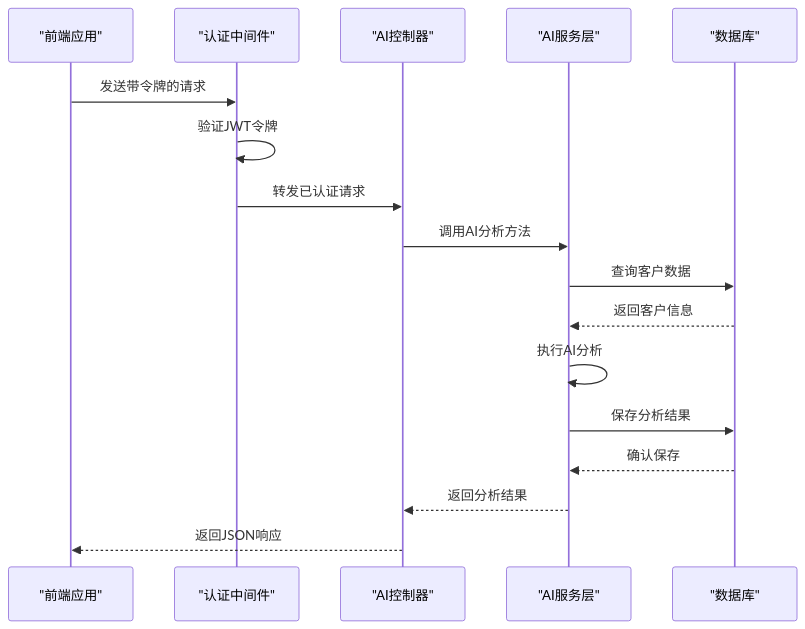
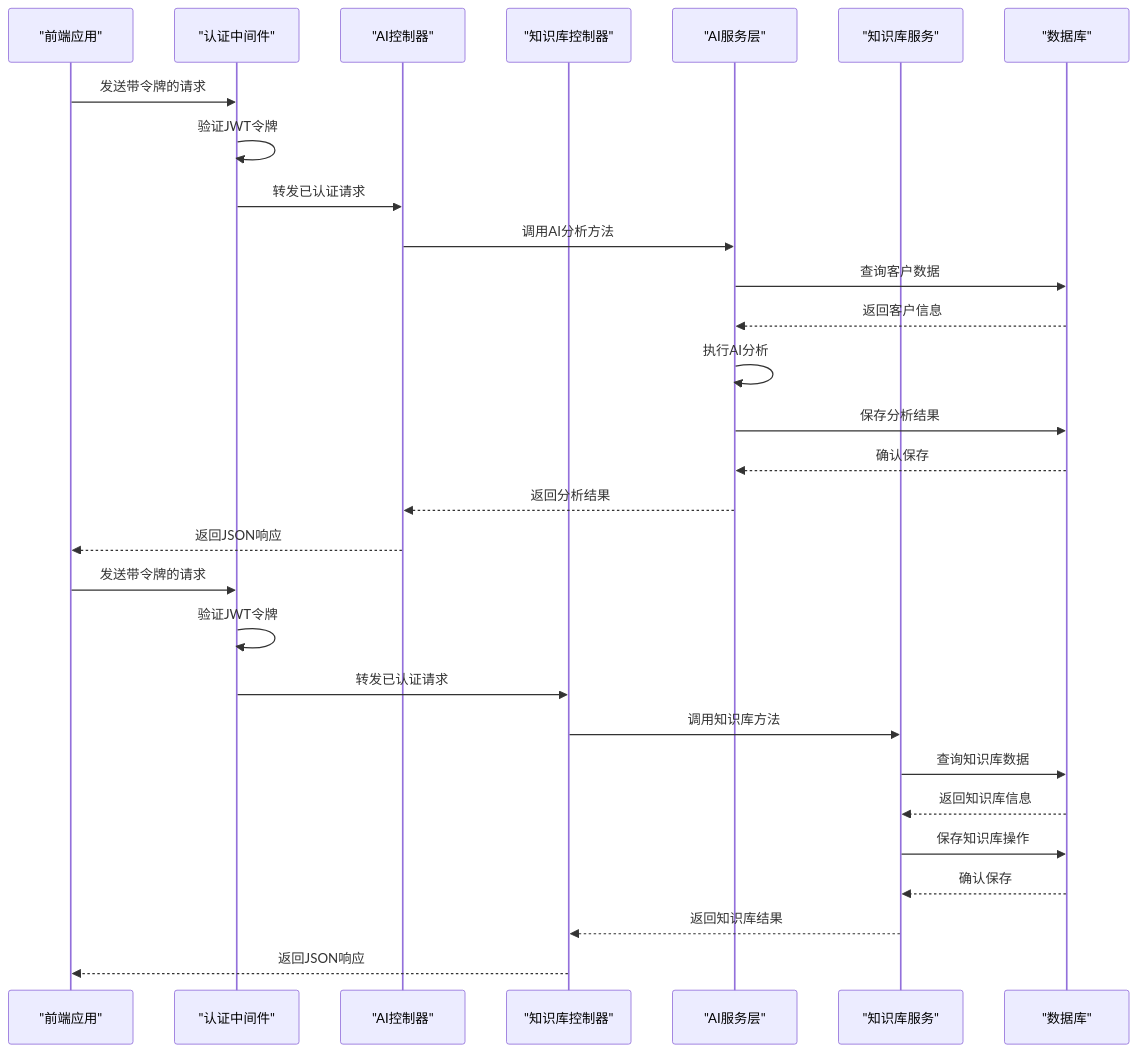
One commit to xianjianshenqu/SalesFlow-CRM changed the eighth of 11 diagrams in .qoder/repowiki/zh/content/核心组件/AI助手.md. Above: the diagram before and after it, drawn with Mermaid. The commit also changed other lines of this file and 10 other files, not shown here.

````diff
--- a/.qoder/repowiki/zh/content/核心组件/AI助手.md
+++ b/.qoder/repowiki/zh/content/核心组件/AI助手.md
@@ -595,19 +756,31 @@
 ```mermaid
 sequenceDiagram
 participant Client as "前端应用"
 participant Auth as "认证中间件"
-participant Controller as "AI控制器"
-participant Service as "AI服务层"
+participant AIController as "AI控制器"
+participant KnowledgeController as "知识库控制器"
+participant AIService as "AI服务层"
+participant KnowledgeService as "知识库服务"
 participant DB as "数据库"
 Client->>Auth : 发送带令牌的请求
 Auth->>Auth : 验证JWT令牌
-Auth->>Controller : 转发已认证请求
-Controller->>Service : 调用AI分析方法
-Service->>DB : 查询客户数据
-DB-->>Service : 返回客户信息
-Service->>Service : 执行AI分析
-Service->>DB : 保存分析结果
-DB-->>Service : 确认保存
-Service-->>Controller : 返回分析结果
-Controller-->>Client : 返回JSON响应
+Auth->>AIController : 转发已认证请求
+AIController->>AIService : 调用AI分析方法
+AIService->>DB : 查询客户数据
+DB-->>AIService : 返回客户信息
+AIService->>AIService : 执行AI分析
+AIService->>DB : 保存分析结果
+DB-->>AIService : 确认保存
+AIService-->>AIController : 返回分析结果
+AIController-->>Client : 返回JSON响应
+Client->>Auth : 发送带令牌的请求
+Auth->>Auth : 验证JWT令牌
+Auth->>KnowledgeController : 转发已认证请求
+KnowledgeController->>KnowledgeService : 调用知识库方法
+KnowledgeService->>DB : 查询知识库数据
+DB-->>KnowledgeService : 返回知识库信息
+KnowledgeService->>DB : 保存知识库操作
+DB-->>KnowledgeService : 确认保存
+KnowledgeService-->>KnowledgeController : 返回知识库结果
+KnowledgeController-->>Client : 返回JSON响应
 ```
````
